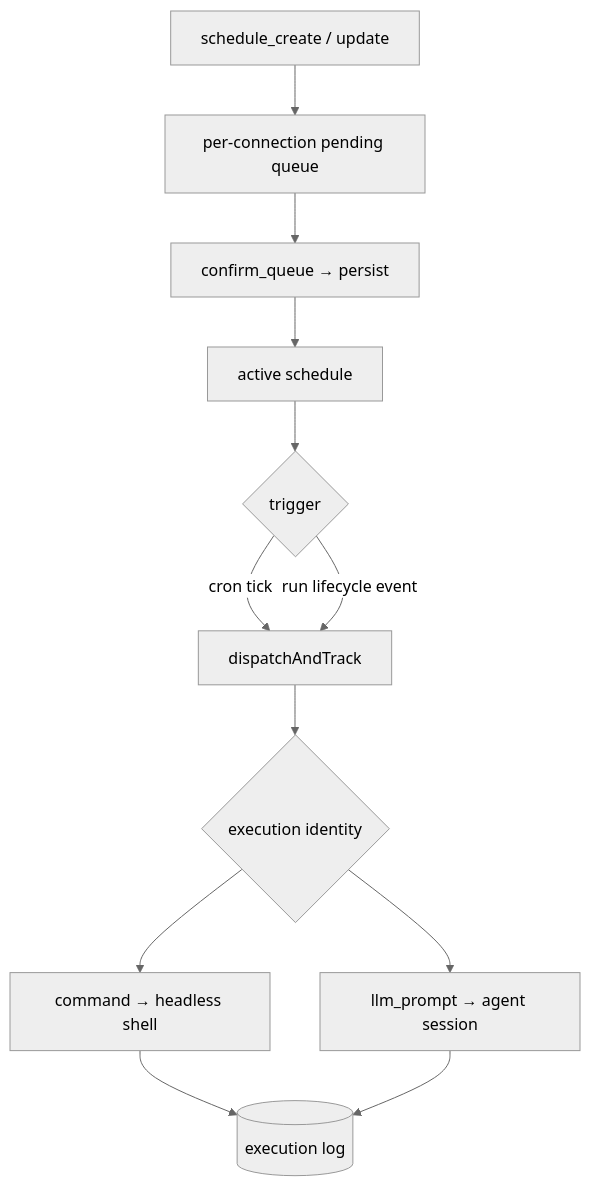
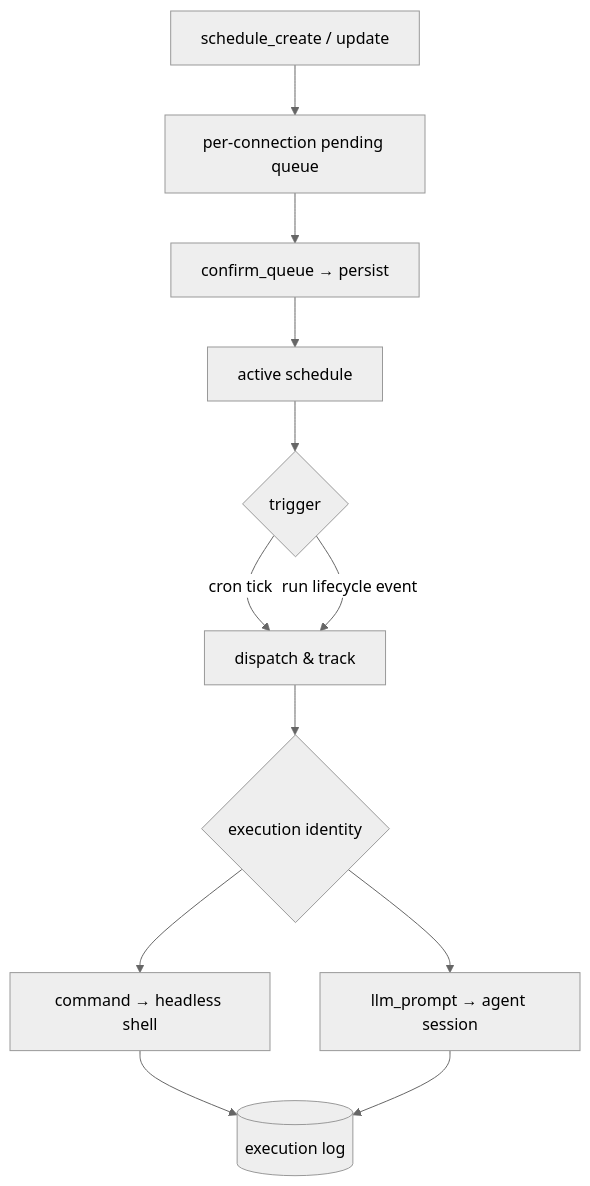
The diagram in specs/flows/flow-schedule-execution.md (sequencestream/c3), drawn with Mermaid (neutral theme) before and after one commit. The commit also changed other lines of this file and 99 other files, not shown here.

````diff
--- a/specs/flows/flow-schedule-execution.md
+++ b/specs/flows/flow-schedule-execution.md
@@ -16,14 +16,14 @@
 ```mermaid
 flowchart TD
     W[schedule_create / update] --> Q[per-connection pending queue]
     Q --> CF[confirm_queue → persist]
     CF --> SCHED[active schedule]
     SCHED --> TRIG{trigger}
-    TRIG -- cron tick --> DISP[dispatchAndTrack]
+    TRIG -- cron tick --> DISP[dispatch & track]
     TRIG -- run lifecycle event --> DISP
     DISP --> ID{execution identity}
     ID --> CMD[command → headless shell]
     ID --> LLM[llm_prompt → agent session]
     CMD --> LOG[(execution log)]
     LLM --> LOG
 ```
````
